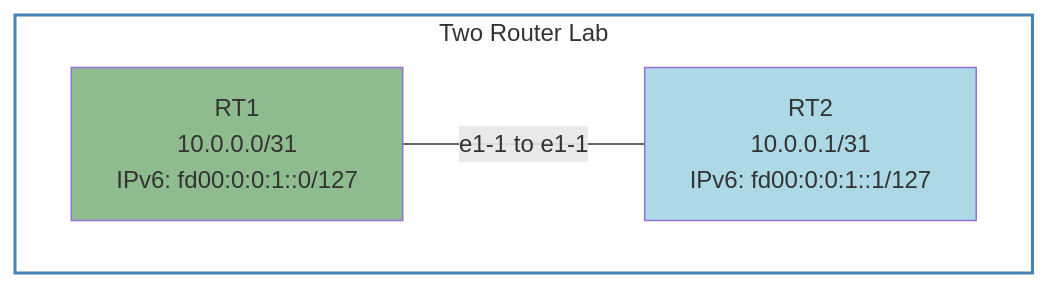
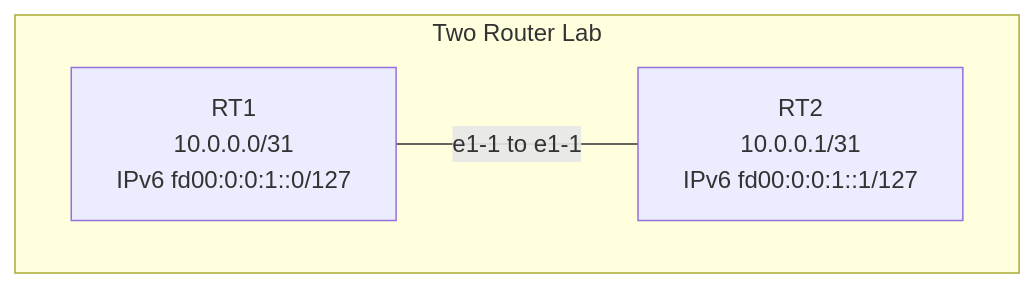
Before and after one commit to gereader/gereader.xyz-site: the diagram in content/posts/intro-to-clab/index.md, drawn with Mermaid. The commit also changed 6 other files, not shown here.

First line of the commit message:
fix(qa): nav layout, mermaid race, bash chroma + scroll

````diff
--- a/content/posts/intro-to-clab/index.md
+++ b/content/posts/intro-to-clab/index.md
@@ -33,13 +33,8 @@
 ```mermaid
-graph TB
-    subgraph Outer["Two Router Lab"]
-        RT1[RT1<br/>10.0.0.0/31<br/>IPv6: fd00:0:0:1::0/127]
-        RT2[RT2<br/>10.0.0.1/31<br/>IPv6: fd00:0:0:1::1/127]
-        
+flowchart TB
+    subgraph Outer [Two Router Lab]
+        RT1["RT1<br>10.0.0.0/31<br>IPv6 fd00:0:0:1::0/127"]
+        RT2["RT2<br>10.0.0.1/31<br>IPv6 fd00:0:0:1::1/127"]
         RT1 ---|e1-1 to e1-1| RT2
     end
-    
-    style RT1 fill:DarkSeaGreen
-    style RT2 fill:LightBlue  
-    style Outer fill:white,stroke:steelblue,stroke-width:2px
 ```
````
